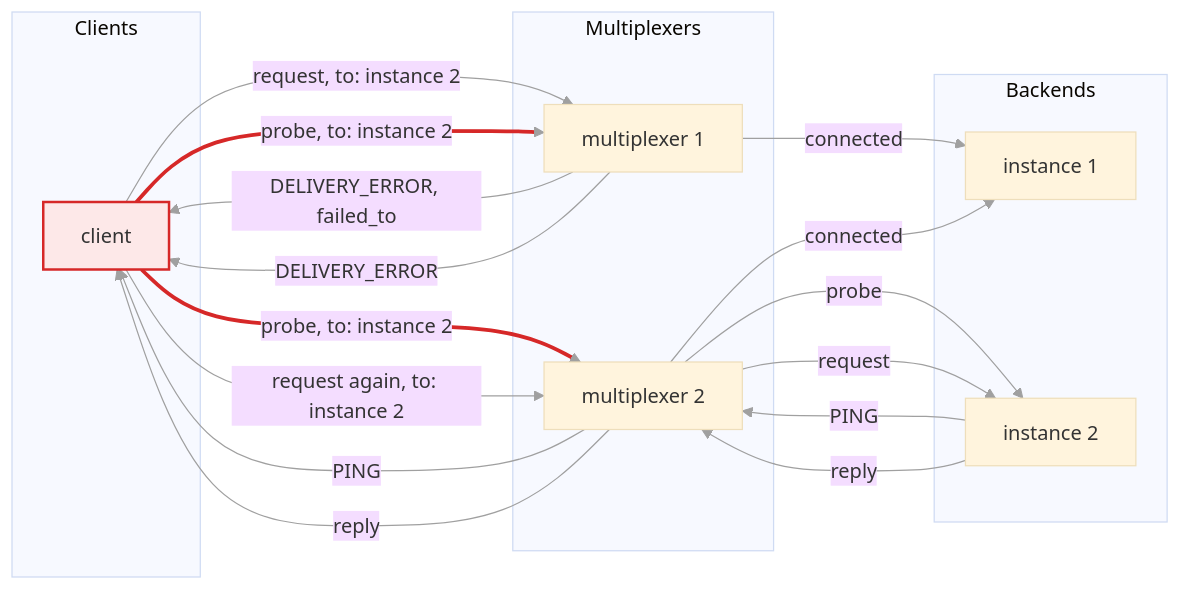
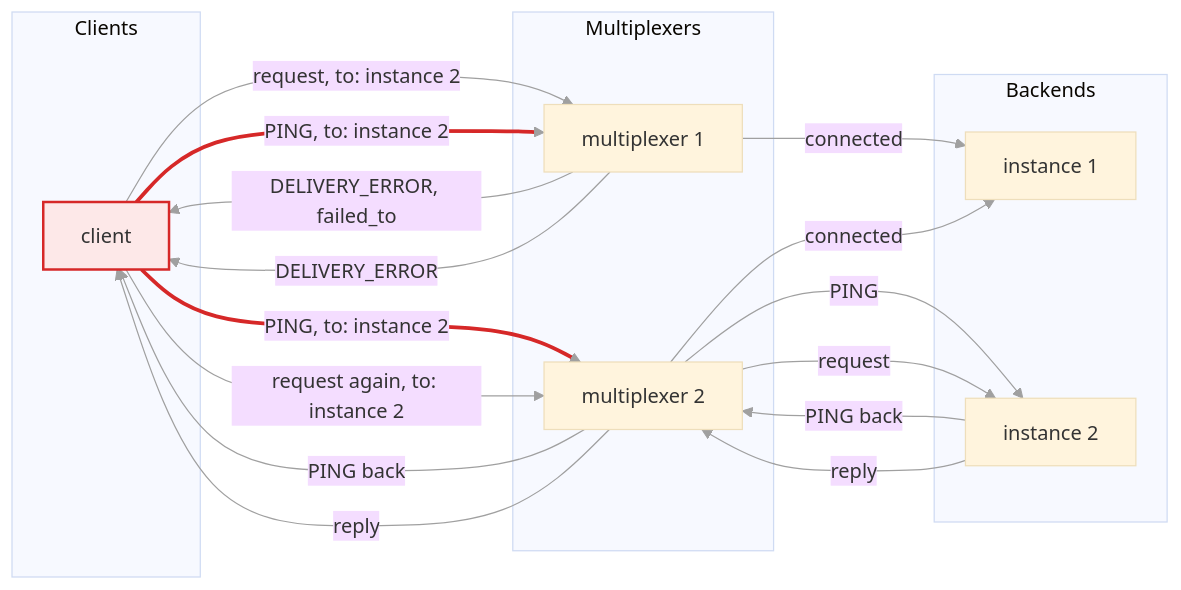
Before and after one commit to kulewski/multiplexer: diagram 17 of 21 in docs/query.md, drawn with Mermaid (base theme). The commit also changed other lines of this file and 69 other files, not shown here.

````diff
--- a/docs/query.md
+++ b/docs/query.md
@@ -592,31 +592,31 @@
 ```mermaid
 graph LR
   subgraph col0 [Clients]
     Q[client]
   end
   subgraph col1 [Multiplexers]
     M1[multiplexer 1]
     M2[multiplexer 2]
   end
   subgraph col2 [Backends]
     B1[instance 1]
     B2[instance 2]
   end
   Q -- "request, to: instance 2" --> M1
   M1 -- "DELIVERY_ERROR, failed_to" --> Q
-  Q -- "probe, to: instance 2" --> M1
-  Q -- "probe, to: instance 2" --> M2
+  Q -- "PING, to: instance 2" --> M1
+  Q -- "PING, to: instance 2" --> M2
   M1 -- "DELIVERY_ERROR" --> Q
-  M2 -- "probe" --> B2
-  B2 -- "PING" --> M2
-  M2 -- "PING" --> Q
+  M2 -- "PING" --> B2
+  B2 -- "PING back" --> M2
+  M2 -- "PING back" --> Q
   Q -- "request again, to: instance 2" --> M2
   M2 -- "request" --> B2
   B2 -- "reply" --> M2
   M2 -- "reply" --> Q
   M1 -- "connected" --> B1
   M2 -- "connected" --> B1
   linkStyle default stroke:#a0a0a0,stroke-width:1px
   linkStyle 2,3 stroke:#d62828,stroke-width:3px
   style Q fill:#fde8e8,stroke:#d62828,stroke-width:2px
 ```
````
